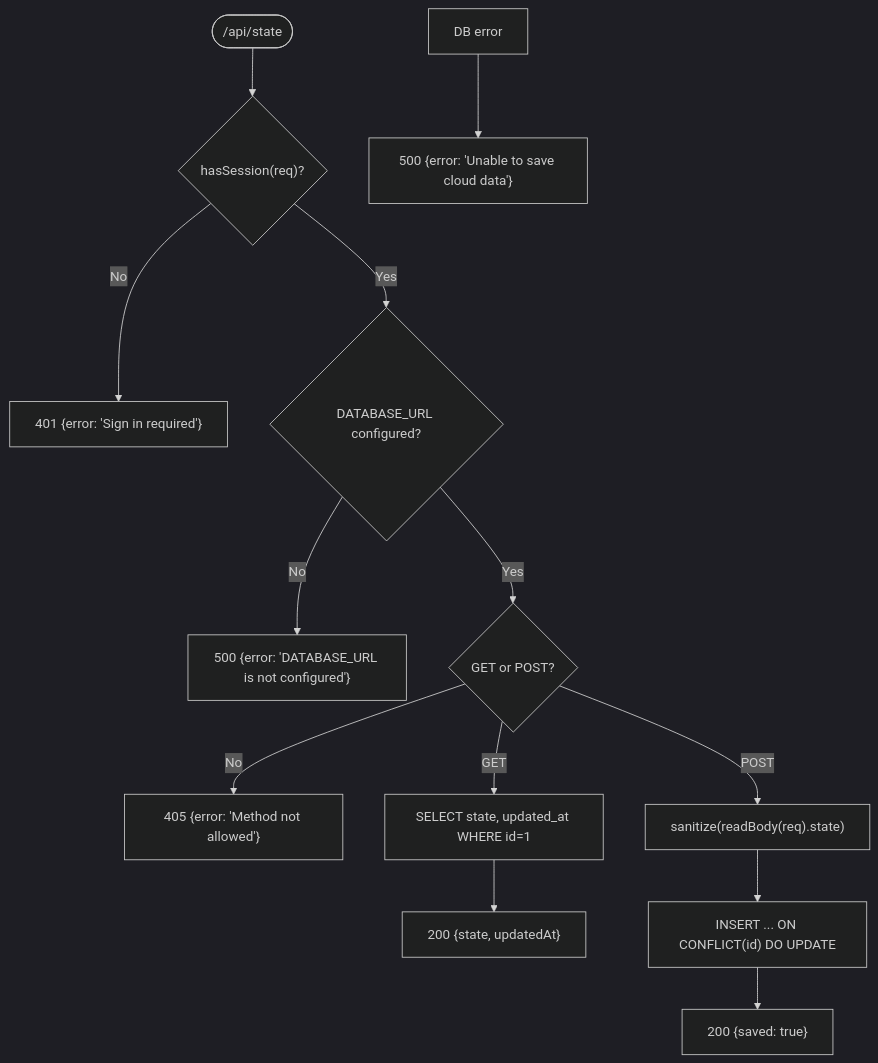
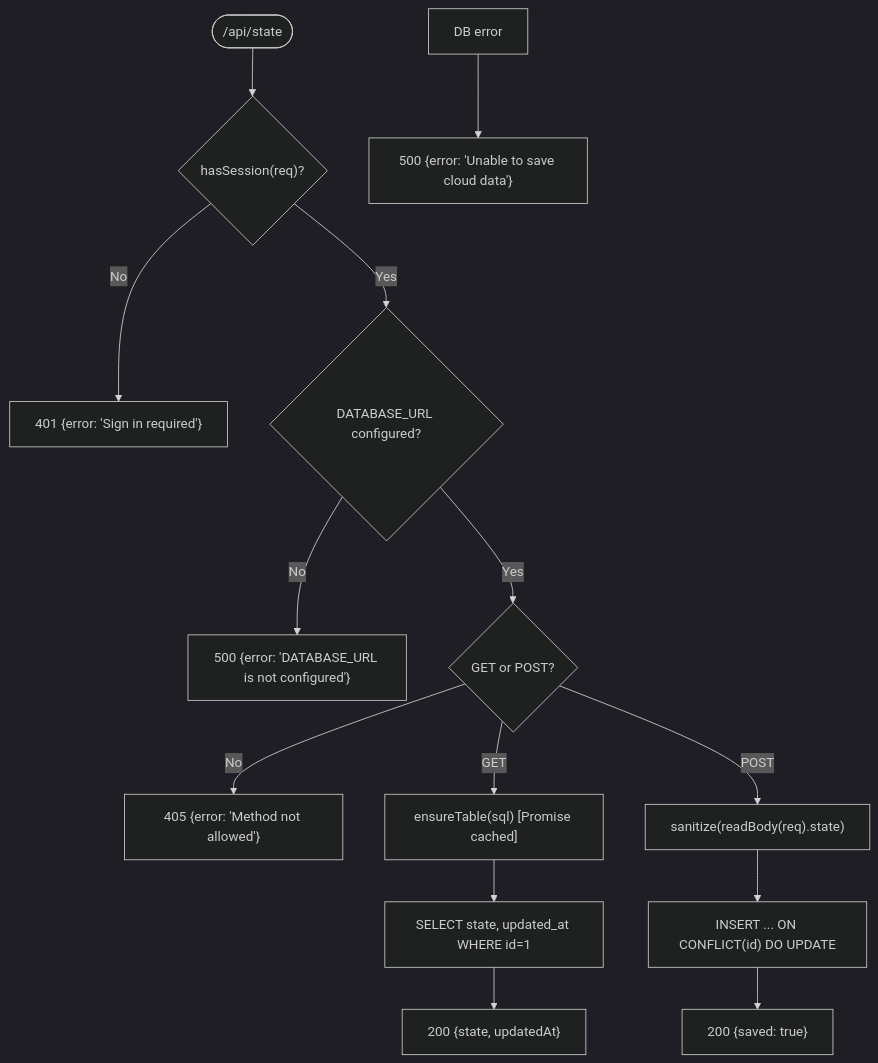
The fourth of 6 diagrams in .qoder/repowiki/en/content/Backend Services/State Synchronization API.md (iamrituraj/DSA-Tracker), drawn with Mermaid (dark theme) before and after one commit. The commit also changed other lines of this file and 42 other files, not shown here.

````diff
--- a/.qoder/repowiki/en/content/Backend Services/State Synchronization API.md
+++ b/.qoder/repowiki/en/content/Backend Services/State Synchronization API.md
@@ -174,15 +183,16 @@
 ```mermaid
 flowchart TD
 Enter(["/api/state"]) --> CheckSession{"hasSession(req)?"}
 CheckSession --> |No| E401["401 {error: 'Sign in required'}"]
 CheckSession --> |Yes| CheckDB{"DATABASE_URL configured?"}
 CheckDB --> |No| E500["500 {error: 'DATABASE_URL is not configured'}"]
 CheckDB --> |Yes| Method{"GET or POST?"}
 Method --> |No| E405["405 {error: 'Method not allowed'}"]
-Method --> |GET| Read["SELECT state, updated_at WHERE id=1"]
+Method --> |GET| EnsureTable["ensureTable(sql) [Promise cached]"]
+EnsureTable --> Read["SELECT state, updated_at WHERE id=1"]
 Read --> R200Get["200 {state, updatedAt}"]
 Method --> |POST| Sanitize["sanitize(readBody(req).state)"]
 Sanitize --> Upsert["INSERT ... ON CONFLICT(id) DO UPDATE"]
 Upsert --> R200Post["200 {saved: true}"]
 Error["DB error"] --> E500DB["500 {error: 'Unable to save cloud data'}"]
 ```
````
